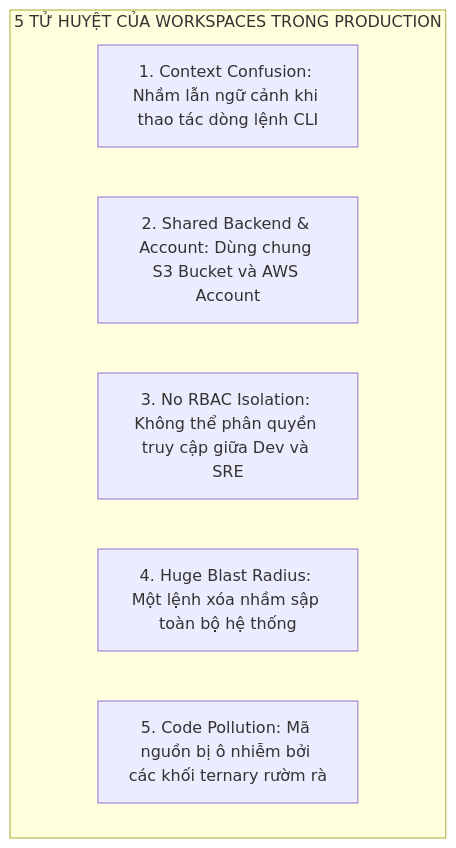
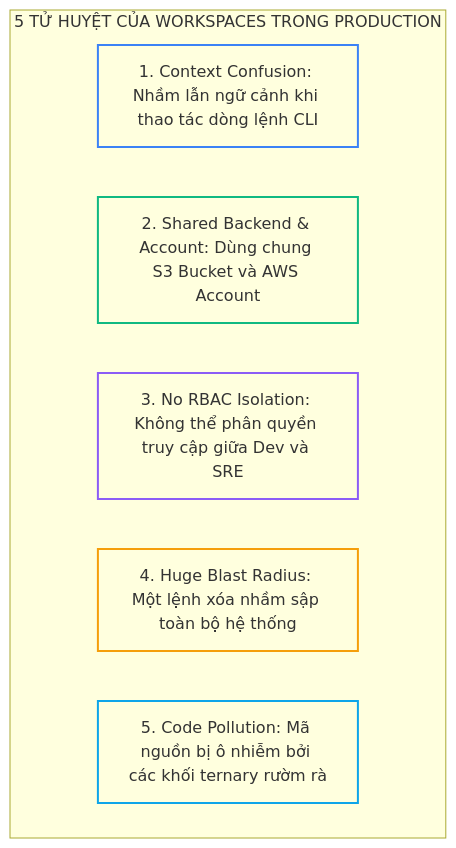
The second of 4 diagrams in _posts/2026-09-13-terraform-12-12-quan-tri-da-moi-truong-terraform-workspaces-vs-directory-layout-terragrunt.md (kiennt308/ntk), drawn with Mermaid before and after one commit. The commit also changed other lines of this file and 26 other files, not shown here.

Commit message:
style(terraform): standardize presentation, complete titles & summaries, tailor tldr, and optimize lab tables & mermaid across Bài 05 to Bài 31

````diff
--- a/_posts/2026-09-13-terraform-12-12-quan-tri-da-moi-truong-terraform-workspaces-vs-directory-layout-terragrunt.md
+++ b/_posts/2026-09-13-terraform-12-12-quan-tri-da-moi-truong-terraform-workspaces-vs-directory-layout-terragrunt.md
@@ -91,12 +97,16 @@
 ```mermaid
 flowchart TD
     subgraph RISKS ["5 TỬ HUYỆT CỦA WORKSPACES TRONG PRODUCTION"]
         R1["1. Context Confusion: Nhầm lẫn ngữ cảnh khi thao tác dòng lệnh CLI"]
         R2["2. Shared Backend & Account: Dùng chung S3 Bucket và AWS Account"]
         R3["3. No RBAC Isolation: Không thể phân quyền truy cập giữa Dev và SRE"]
         R4["4. Huge Blast Radius: Một lệnh xóa nhầm sập toàn bộ hệ thống"]
         R5["5. Code Pollution: Mã nguồn bị ô nhiễm bởi các khối ternary rườm rà"]
     end
 
-
+    style R1 fill:none,stroke:#3b82f6,stroke-width:2px
+    style R5 fill:none,stroke:#0ea5e9,stroke-width:2px
+    style R2 fill:none,stroke:#10b981,stroke-width:2px
+    style R4 fill:none,stroke:#f59e0b,stroke-width:2px
+    style R3 fill:none,stroke:#8b5cf6,stroke-width:2px
 ```
````
